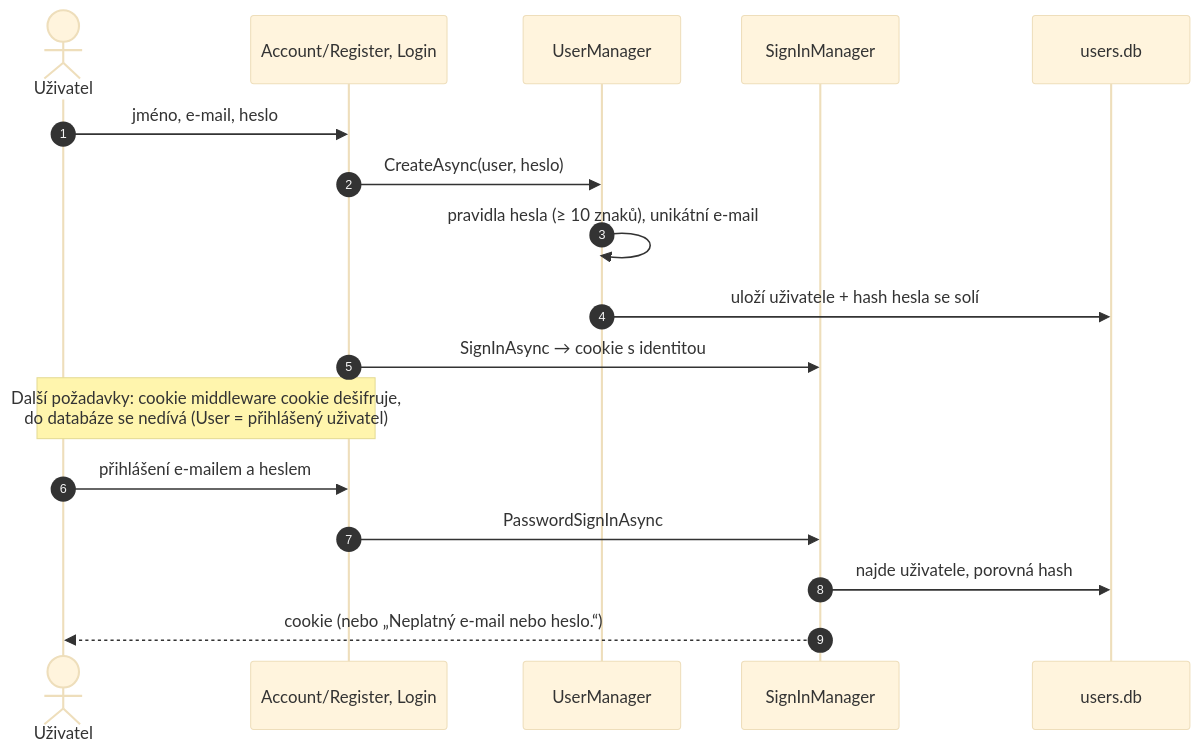
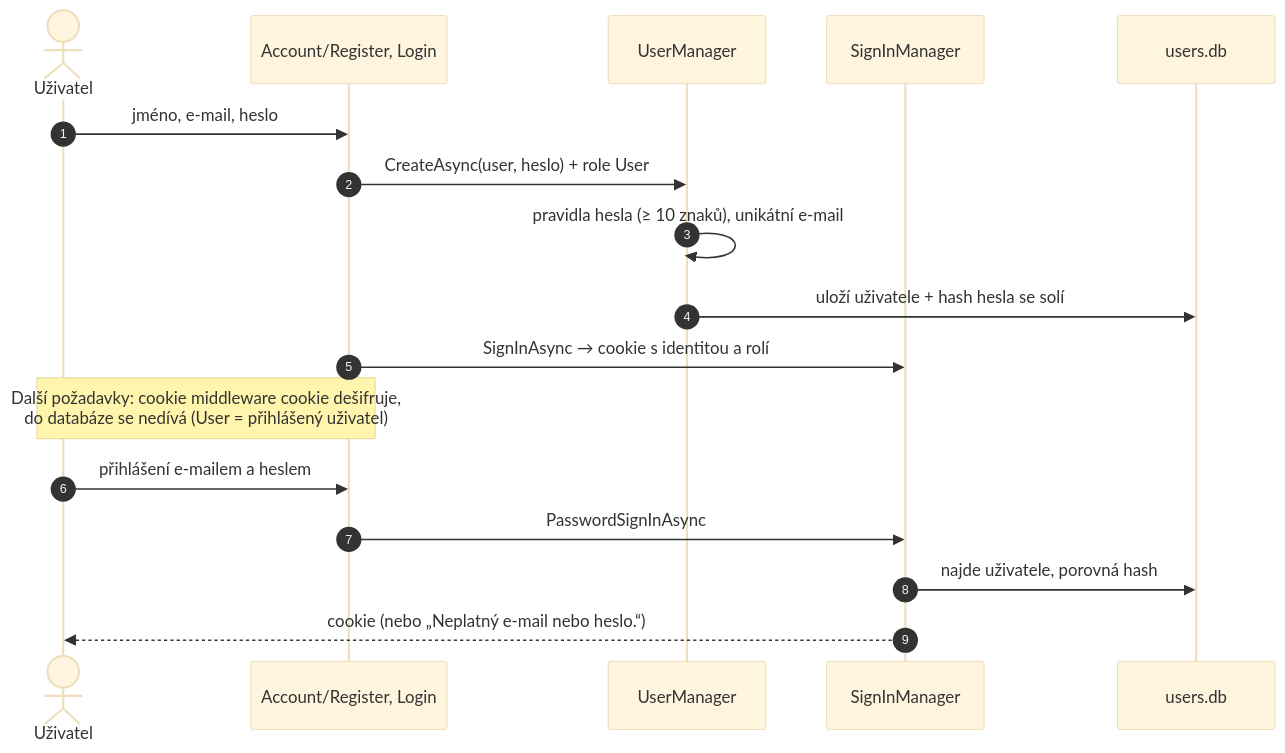
Before and after one commit to ftichy/MiniShop: the third of 3 diagrams in docs/prirucka/architektura/moduly/accounts.md, drawn with Mermaid (base theme). The commit also changed other lines of this file and 42 other files, not shown here.

````diff
--- a/docs/prirucka/architektura/moduly/accounts.md
+++ b/docs/prirucka/architektura/moduly/accounts.md
@@ -39,20 +103,20 @@
 ```mermaid
 sequenceDiagram
     autonumber
     actor U as Uživatel
     participant P as Account/Register, Login
     participant UM as UserManager
     participant SM as SignInManager
     participant DB as users.db
 
     U->>P: jméno, e-mail, heslo
-    P->>UM: CreateAsync(user, heslo)
+    P->>UM: CreateAsync(user, heslo) + role User
     UM->>UM: pravidla hesla (≥ 10 znaků), unikátní e-mail
     UM->>DB: uloží uživatele + hash hesla se solí
-    P->>SM: SignInAsync → cookie s identitou
+    P->>SM: SignInAsync → cookie s identitou a rolí
     Note over U,P: Další požadavky: cookie middleware cookie dešifruje,<br/>do databáze se nedívá (User = přihlášený uživatel)
     U->>P: přihlášení e-mailem a heslem
     P->>SM: PasswordSignInAsync
     SM->>DB: najde uživatele, porovná hash
     SM-->>U: cookie (nebo „Neplatný e-mail nebo heslo.“)
 ```
````
